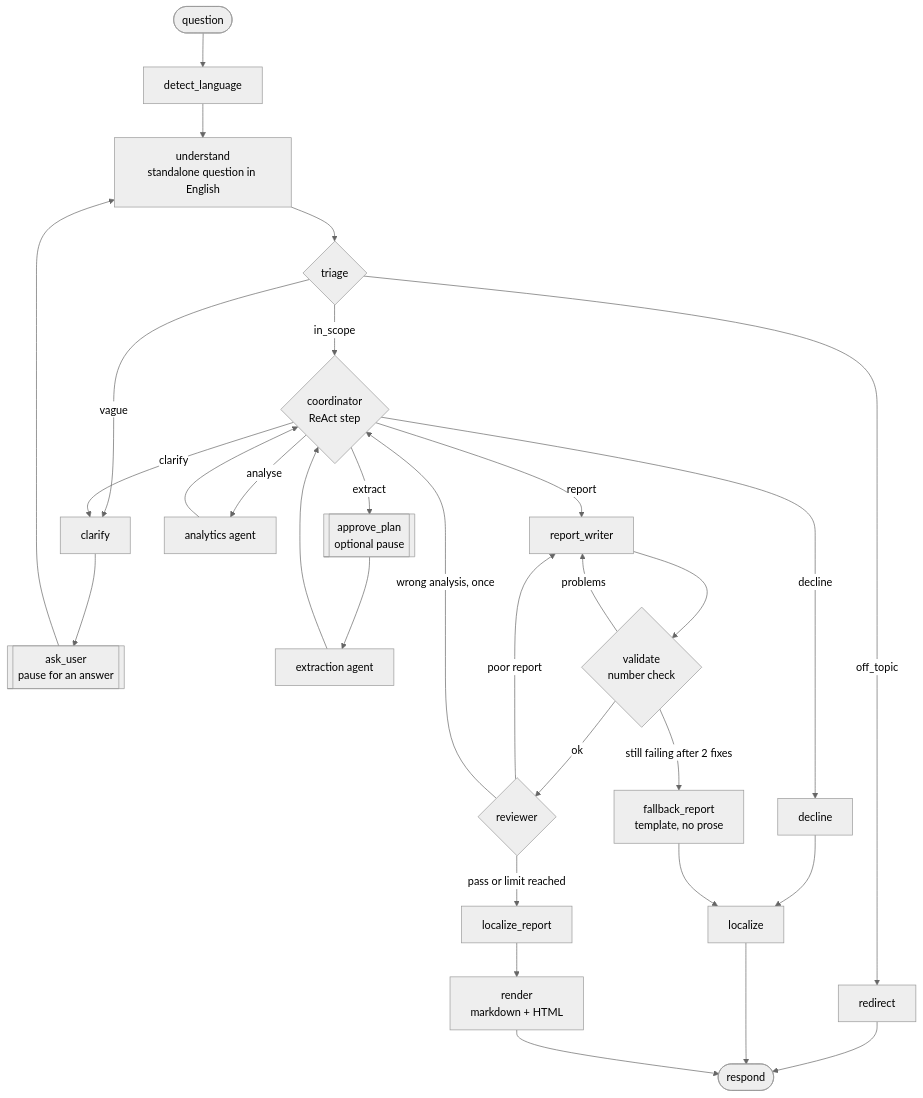
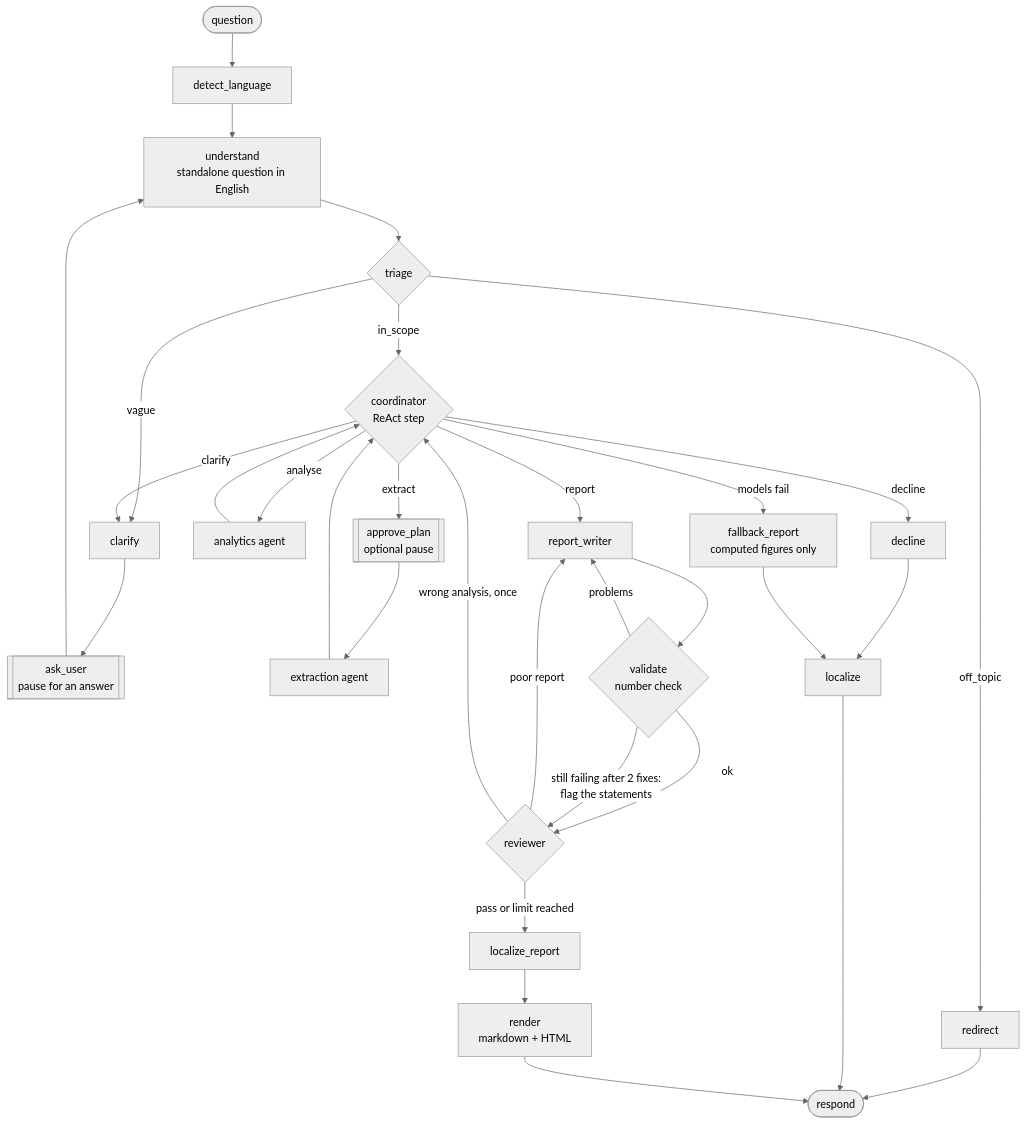
The second of 3 diagrams in ARCHITECTURE.md (garygsw/agentic-policy-analytics), drawn with Mermaid (neutral theme) before and after one commit. The commit also changed other lines of this file and 38 other files, not shown here.

````diff
--- a/ARCHITECTURE.md
+++ b/ARCHITECTURE.md
@@ -58,18 +58,19 @@
 ```mermaid
 flowchart TD
   start([question]) --> lang[detect_language] --> und[understand<br/>standalone question in English] --> tri{triage}
   tri -- off_topic --> red[redirect] --> resp([respond])
   tri -- vague --> cl[clarify] --> ask[[ask_user<br/>pause for an answer]] --> und
   tri -- in_scope --> co{coordinator<br/>ReAct step}
   co -- extract --> plan[[approve_plan<br/>optional pause]] --> ex[extraction agent] --> co
   co -- analyse --> an[analytics agent] --> co
   co -- clarify --> cl
   co -- decline --> dec[decline] --> loc[localize] --> resp
   co -- report --> rw[report_writer] --> val{validate<br/>number check}
   val -- problems --> rw
   val -- ok --> rv{reviewer}
   rv -- poor report --> rw
   rv -- wrong analysis, once --> co
   rv -- pass or limit reached --> lr[localize_report] --> ren[render<br/>markdown + HTML] --> resp
-  val -- still failing after 2 fixes --> fb[fallback_report<br/>template, no prose] --> loc
+  val -- still failing after 2 fixes:<br/>flag the statements --> rv
+  co -- models fail --> fb[fallback_report<br/>computed figures only] --> loc
 ```
````
